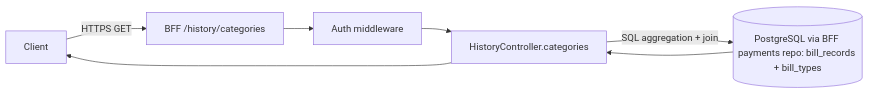
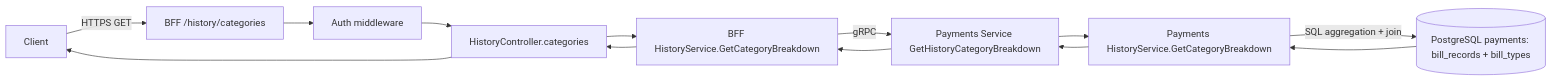
One commit to ralvescosta/costa-financial-assistant changed diagram 22 of 23 in .specify/memory/bff-flows.md. Above: the diagram before and after it, drawn with Mermaid. The commit also changed other lines of this file and 118 other files, not shown here.

````diff
--- a/.specify/memory/bff-flows.md
+++ b/.specify/memory/bff-flows.md
@@ -433,9 +456,11 @@
 ```mermaid
 flowchart LR
     C[Client] -->|HTTPS GET| BFF[BFF /history/categories]
     BFF --> AUTH[Auth middleware]
     AUTH --> HC[HistoryController.categories]
-    HC -->|SQL aggregation + join| HDB[(PostgreSQL via BFF payments repo: bill_records + bill_types)]
-    HDB --> HC
-    HC --> C
+    HC --> SVC[BFF HistoryService.GetCategoryBreakdown]
+    SVC -->|gRPC| PAY[Payments Service GetHistoryCategoryBreakdown]
+    PAY --> HSVC[Payments HistoryService.GetCategoryBreakdown]
+    HSVC -->|SQL aggregation + join| HDB[(PostgreSQL payments: bill_records + bill_types)]
+    HDB --> HSVC --> PAY --> SVC --> HC --> C
 ```
````
